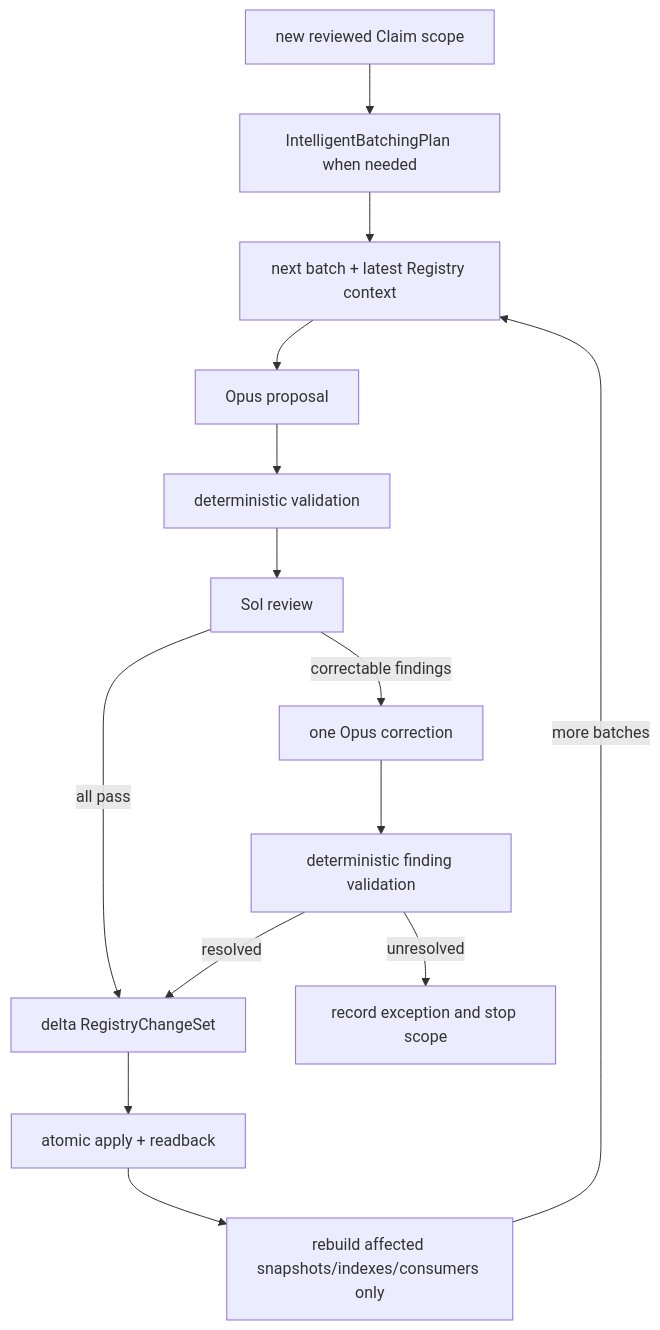
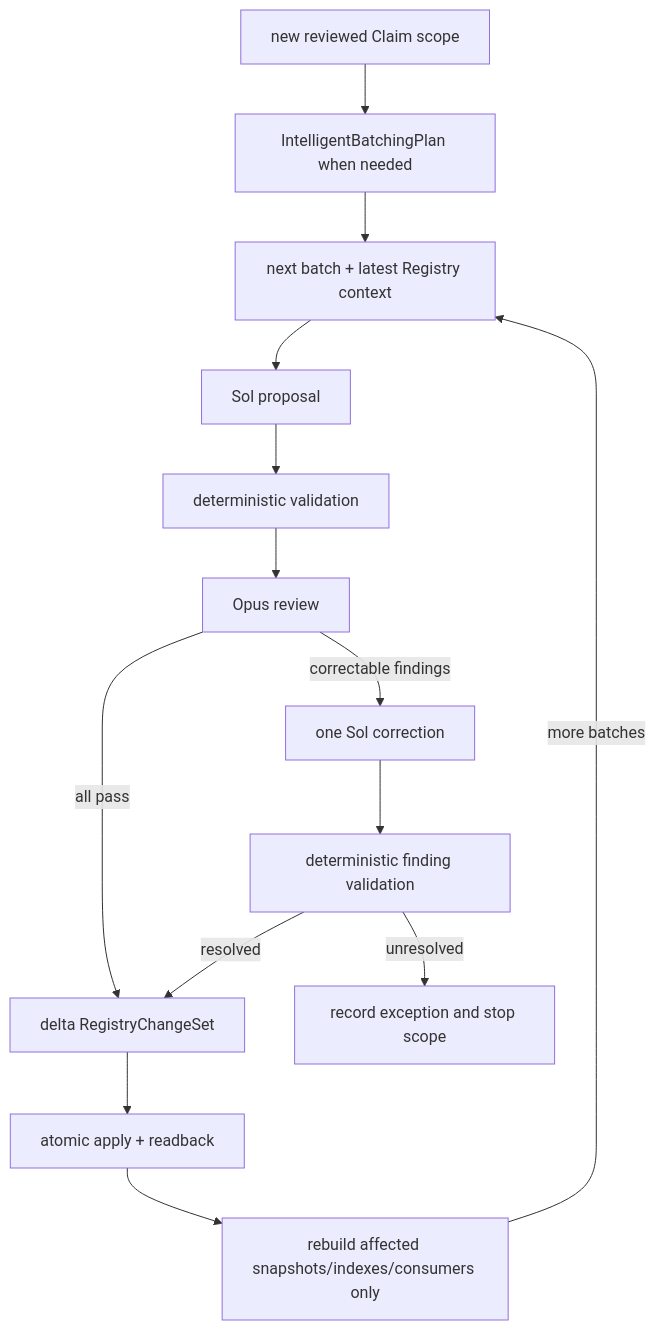
The sixth of 7 diagrams in docs/wang-knowledge-platform/canonical_viewpoint_registry_design_v1.md (junyang168/smart-answer), drawn with Mermaid before and after one commit. The commit also changed other lines of this file and 3 other files, not shown here.

Commit message:
feat(wang): use Sol proposals with Opus review

````diff
--- a/docs/wang-knowledge-platform/canonical_viewpoint_registry_design_v1.md
+++ b/docs/wang-knowledge-platform/canonical_viewpoint_registry_design_v1.md
@@ -1652,16 +1654,16 @@
 ```mermaid
 flowchart TD
     S["new reviewed Claim scope"] --> B["IntelligentBatchingPlan when needed"]
     B --> N["next batch + latest Registry context"]
-    N --> P["Opus proposal"]
+    N --> P["Sol proposal"]
     P --> V["deterministic validation"]
-    V --> R["Sol review"]
+    V --> R["Opus review"]
     R -->|"all pass"| C["delta RegistryChangeSet"]
-    R -->|"correctable findings"| F["one Opus correction"]
+    R -->|"correctable findings"| F["one Sol correction"]
     F --> D["deterministic finding validation"]
     D -->|"resolved"| C
     D -->|"unresolved"| X["record exception and stop scope"]
     C --> A["atomic apply + readback"]
     A --> I["rebuild affected snapshots/indexes/consumers only"]
     I -->|"more batches"| N
 ```
````
